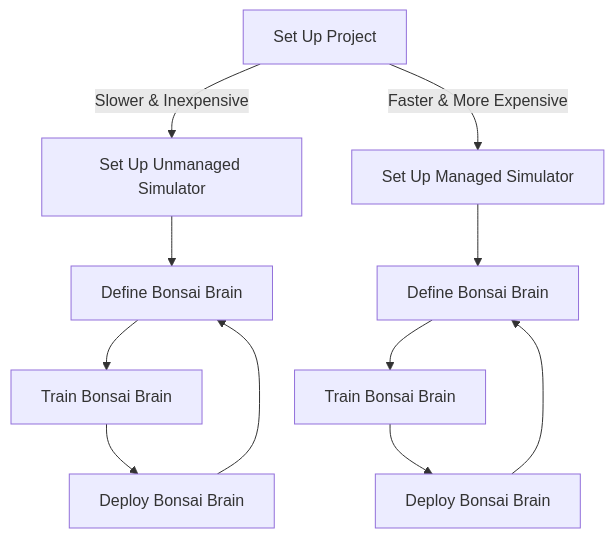
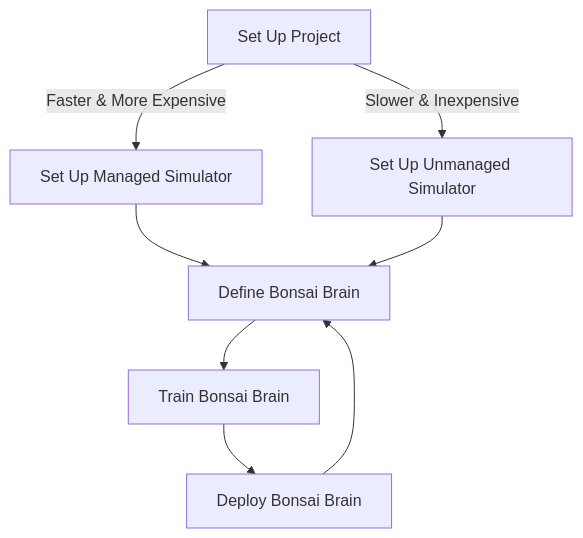
Before and after one commit to microsoft/ROS-bonsai-connector: the diagram in samples/turtlebot3_bonsai/README.md, drawn with Mermaid.

Commit message:
READMEwip

````diff
--- a/samples/turtlebot3_bonsai/README.md
+++ b/samples/turtlebot3_bonsai/README.md
@@ -6,16 +6,13 @@
 ```mermaid
 flowchart TD
     A[Set Up Project]--Slower & Inexpensive-->B[Set Up Unmanaged Simulator]
     A--Faster & More Expensive-->C[Set Up Managed Simulator]
 
 
-    C-->C1[Define Bonsai Brain]
-    C1-->C2[Train Bonsai Brain]
-    C2-->C3[Deploy Bonsai Brain]
-    C3-->C1
+    C-->D1[Define Bonsai Brain]
+    B-->D1[Define Bonsai Brain]
+    D1-->D2[Train Bonsai Brain]
+    D2-->D3[Deploy Bonsai Brain]
+    D3-->D1
 
-    B-->B1[Define Bonsai Brain]
-    B1-->B2[Train Bonsai Brain]
-    B2-->B3[Deploy Bonsai Brain]
-    B3-->B1
 ```
````
